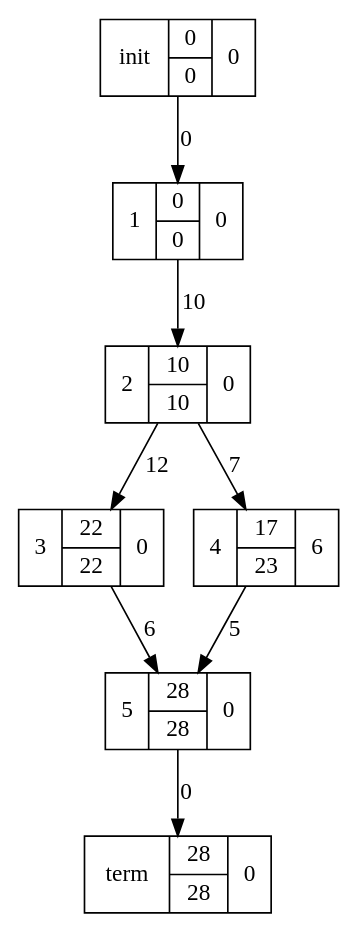
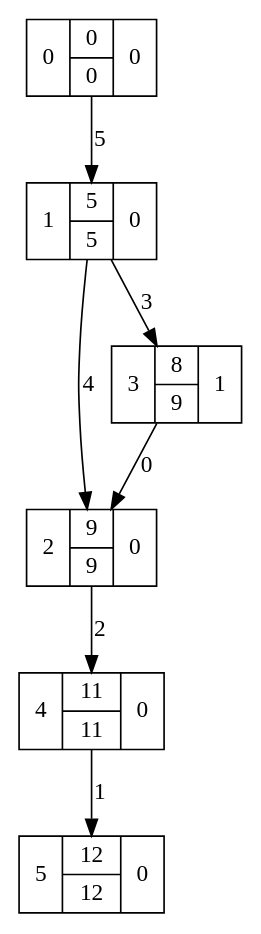
One commit to Veyron566/CalendarPlanning changed the diagram in mygraph.gv. Above: the diagram before and after it, drawn with Graphviz. The commit also changed 7 other files, not shown here.

Commit message:
Constructor of graph from rough data added

```diff
--- a/mygraph.gv
+++ b/mygraph.gv
@@ -1,17 +1,15 @@
 digraph D {
 	node [shape=record]
-		<src.graph.Node instance at 0x7f5817dd0ea8> [label="2|{10|10}|0"]
-		<src.graph.Node instance at 0x7f5817e1a518> [label="init|{0|0}|0"]
-		<src.graph.Node instance at 0x7f5817dc8d40> [label="term|{28|28}|0"]
-		<src.graph.Node instance at 0x7f5817dd0560> [label="3|{22|22}|0"]
-		<src.graph.Node instance at 0x7f5817dd05a8> [label="4|{17|23}|6"]
-		<src.graph.Node instance at 0x7f5817dd0fc8> [label="1|{0|0}|0"]
-		<src.graph.Node instance at 0x7f5817dd05f0> [label="5|{28|28}|0"]
-			<src.graph.Node instance at 0x7f5817dd0ea8> -> <src.graph.Node instance at 0x7f5817dd05a8> [label=7]
-			<src.graph.Node instance at 0x7f5817dd0ea8> -> <src.graph.Node instance at 0x7f5817dd0560> [label=12]
-			<src.graph.Node instance at 0x7f5817e1a518> -> <src.graph.Node instance at 0x7f5817dd0fc8> [label=0]
-			<src.graph.Node instance at 0x7f5817dd0560> -> <src.graph.Node instance at 0x7f5817dd05f0> [label=6]
-			<src.graph.Node instance at 0x7f5817dd05a8> -> <src.graph.Node instance at 0x7f5817dd05f0> [label=5]
-			<src.graph.Node instance at 0x7f5817dd0fc8> -> <src.graph.Node instance at 0x7f5817dd0ea8> [label=10]
-			<src.graph.Node instance at 0x7f5817dd05f0> -> <src.graph.Node instance at 0x7f5817dc8d40> [label=0]
+		<src.node.Node instance at 0x7fe818353680> [label="5|{12|12}|0"]
+		<src.node.Node instance at 0x7fe818353ea8> [label="2|{9|9}|0"]
+		<src.node.Node instance at 0x7fe818351d40> [label="0|{0|0}|0"]
+		<src.node.Node instance at 0x7fe818353560> [label="3|{8|9}|1"]
+		<src.node.Node instance at 0x7fe818353fc8> [label="1|{5|5}|0"]
+		<src.node.Node instance at 0x7fe8183535f0> [label="4|{11|11}|0"]
+			<src.node.Node instance at 0x7fe818353ea8> -> <src.node.Node instance at 0x7fe8183535f0> [label=2]
+			<src.node.Node instance at 0x7fe818351d40> -> <src.node.Node instance at 0x7fe818353fc8> [label=5]
+			<src.node.Node instance at 0x7fe818353560> -> <src.node.Node instance at 0x7fe818353ea8> [label=0]
+			<src.node.Node instance at 0x7fe818353fc8> -> <src.node.Node instance at 0x7fe818353ea8> [label=4]
+			<src.node.Node instance at 0x7fe818353fc8> -> <src.node.Node instance at 0x7fe818353560> [label=3]
+			<src.node.Node instance at 0x7fe8183535f0> -> <src.node.Node instance at 0x7fe818353680> [label=1]
 }
```
